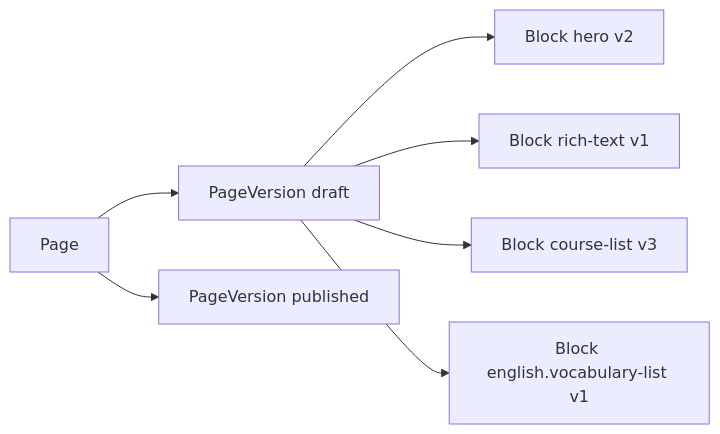
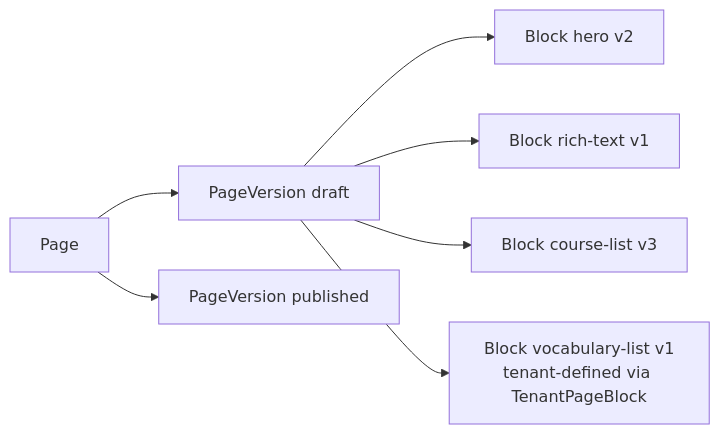
One commit to HodeTech/LearnStack changed the diagram in docs/architecture/17-page-builder.md. Above: the diagram before and after it, drawn with Mermaid. The commit also changed other lines of this file and 77 other files, not shown here.

````diff
--- a/docs/architecture/17-page-builder.md
+++ b/docs/architecture/17-page-builder.md
@@ -9,9 +28,9 @@
 ```mermaid
 flowchart LR
     P[Page] --> PV[PageVersion draft]
     P --> PV2[PageVersion published]
     PV --> B1[Block hero v2]
     PV --> B2[Block rich-text v1]
     PV --> B3[Block course-list v3]
-    PV --> B4[Block english.vocabulary-list v1]
+    PV --> B4[Block vocabulary-list v1<br/>tenant-defined via TenantPageBlock]
 ```
````
